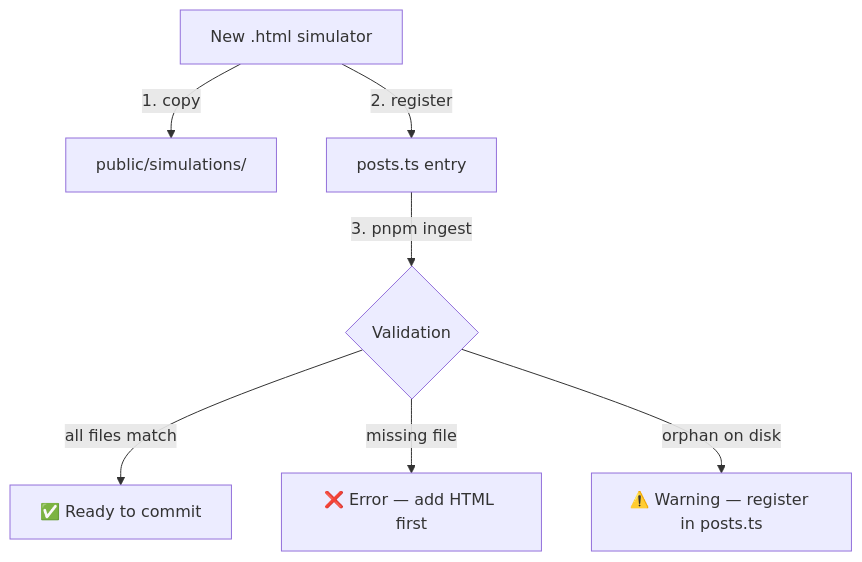
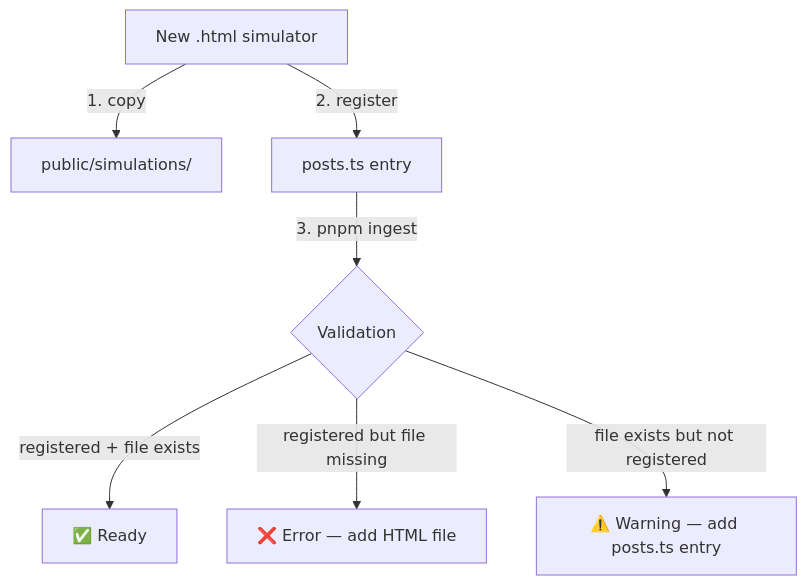
One commit to Advirao/blog changed the seventh of 7 diagrams in docs/architecture.md. Above: the diagram before and after it, drawn with Mermaid. The commit also changed other lines of this file and 5 other files, not shown here.

````diff
--- a/docs/architecture.md
+++ b/docs/architecture.md
@@ -98,9 +145,9 @@
 ```mermaid
 flowchart TD
     NEW[New .html simulator] -->|1. copy| SIM[public/simulations/]
     NEW -->|2. register| PT[posts.ts entry]
     PT -->|3. pnpm ingest| V{Validation}
-    V -->|all files match| OK[✅ Ready to commit]
-    V -->|missing file| ERR[❌ Error — add HTML first]
-    V -->|orphan on disk| WARN[⚠️ Warning — register in posts.ts]
+    V -->|registered + file exists| OK[✅ Ready]
+    V -->|registered but file missing| ERR[❌ Error — add HTML file]
+    V -->|file exists but not registered| WARN[⚠️ Warning — add posts.ts entry]
 ```
````
